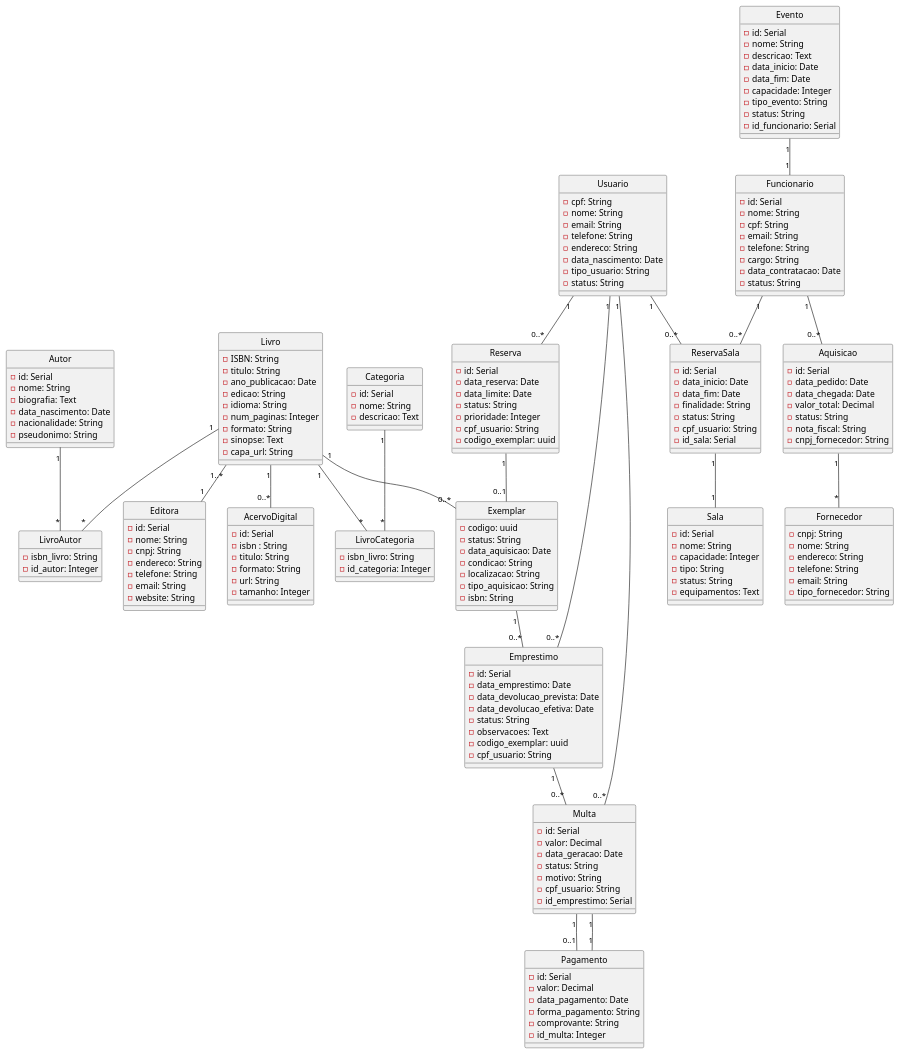
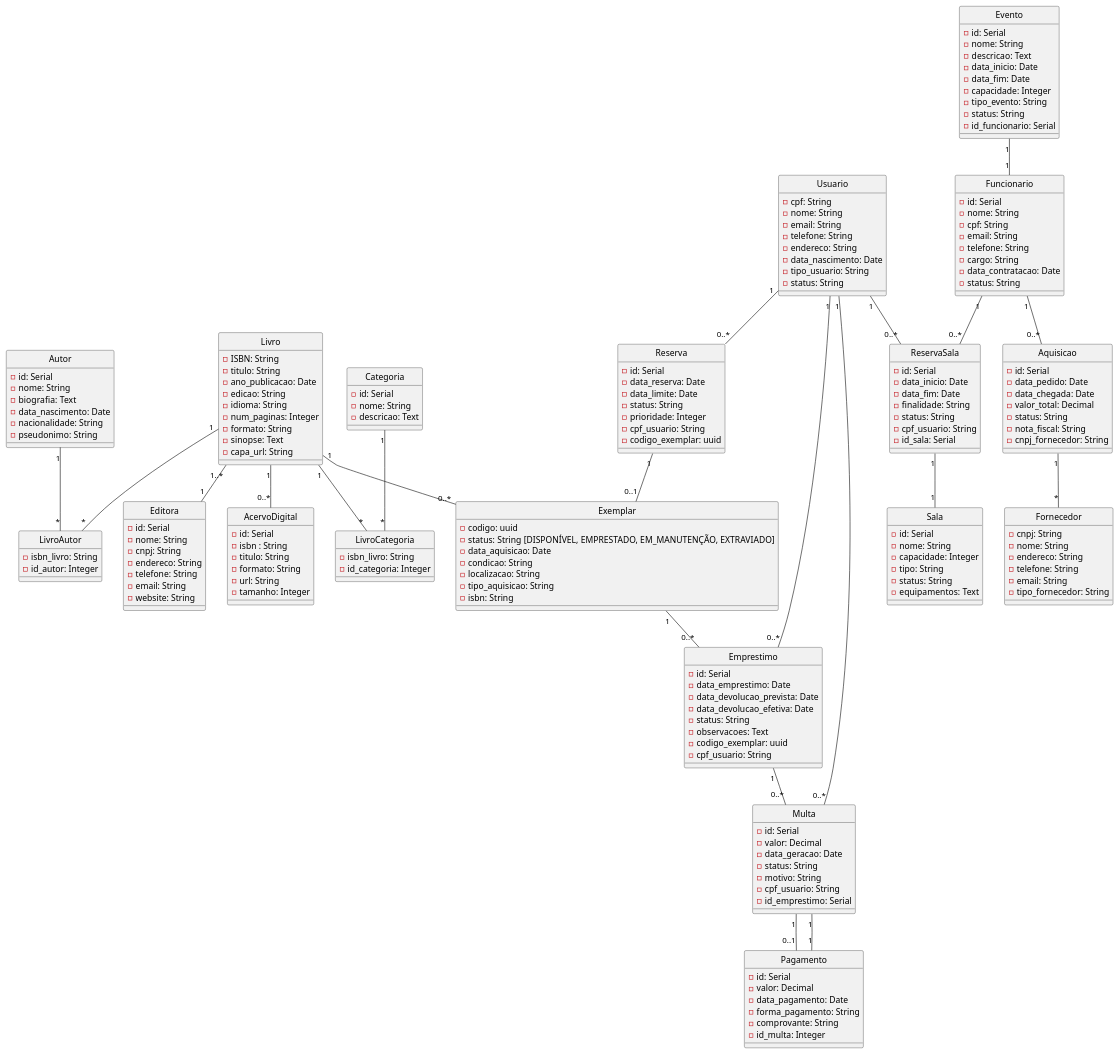
Before and after one commit to Langsch/BD2-Projetos: the diagram in PRJ-Final/conceitual.plantuml, drawn with PlantUML. The commit also changed 1 other file, not shown here.

Commit message:
Update Exemplar class and SQL table: refine status attribute with specific values and add CHECK constraint

```diff
--- a/PRJ-Final/conceitual.plantuml
+++ b/PRJ-Final/conceitual.plantuml
@@ -23,7 +23,7 @@
 
 class Exemplar {
     -codigo: uuid
-    -status: String
+    -status: String [DISPONÍVEL, EMPRESTADO, EM_MANUTENÇÃO, EXTRAVIADO]
     -data_aquisicao: Date
     -condicao: String
     -localizacao: String
```
